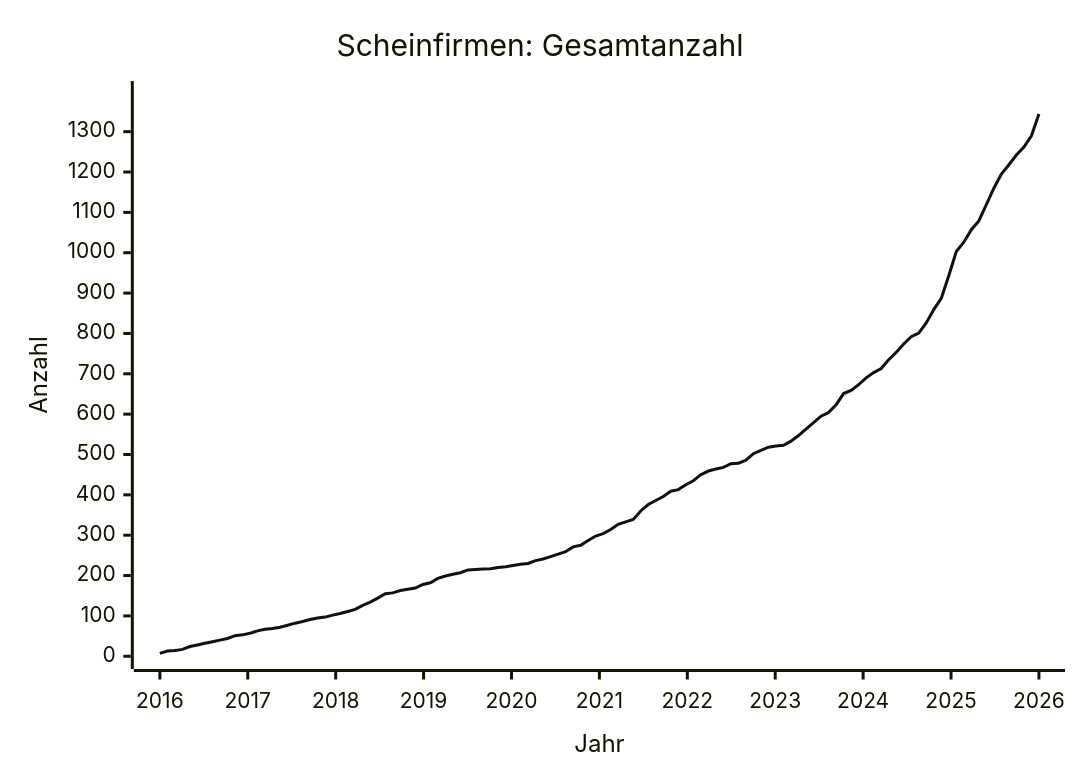
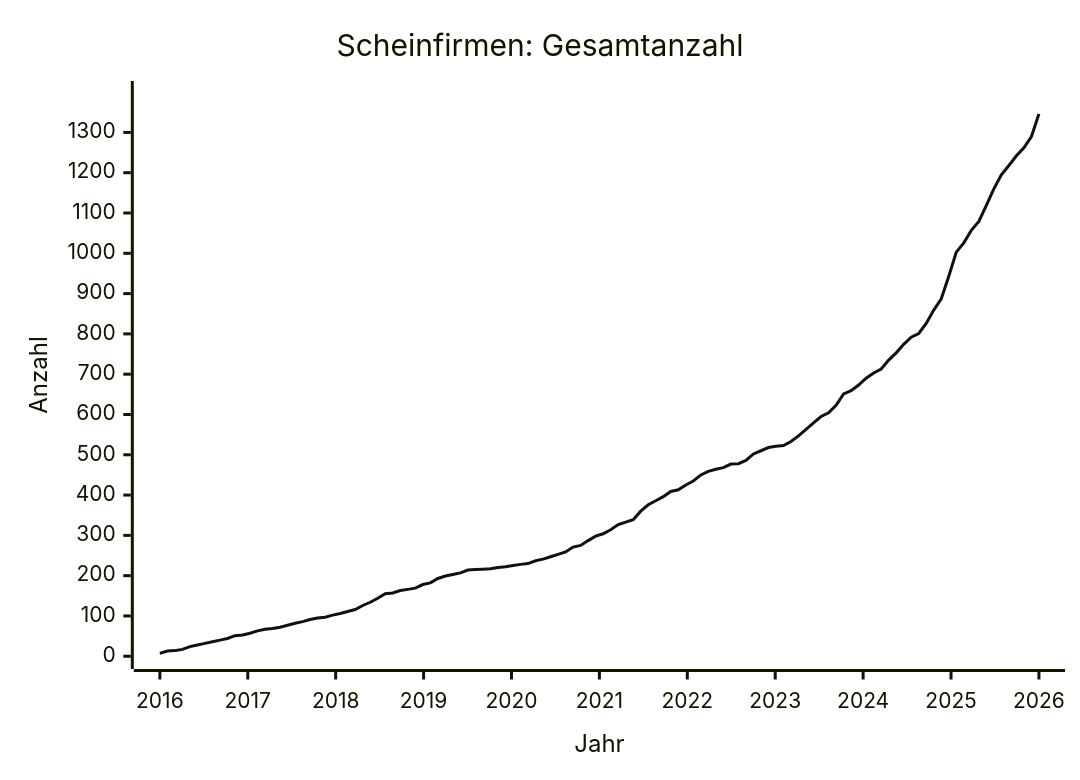
Before and after one commit to arjoma/scheinfirmen-at: the diagram in data/STATS.md, drawn with Mermaid. The commit also changed other lines of this file and 3 other files, not shown here.

````diff
--- a/data/STATS.md
+++ b/data/STATS.md
@@ -9,13 +9,13 @@
 ```mermaid
 ---
 config:
   themeVariables:
     xyChart:
       plotColorPalette: "#111111"
 ---
 xychart-beta
     title "Scheinfirmen: Gesamtanzahl"
     x-axis "Jahr" 2016 --> 2026
-    y-axis "Anzahl" 0 --> 1394
-    line [7, 13, 14, 17, 24, 28, 32, 36, 40, 44, 51, 53, 57, 63, 67, 69, 72, 77, 82, 86, 91, 95, 97, 102, 106, 111, 116, 126, 134, 144, 155, 157, 163, 166, 169, 178, 182, 193, 199, 203, 207, 214, 215, 216, 217, 220, 222, 225, 228, 230, 237, 241, 247, 253, 259, 271, 275, 287, 298, 304, 314, 327, 333, 339, 360, 376, 386, 396, 409, 413, 425, 435, 450, 459, 464, 468, 477, 478, 486, 502, 510, 518, 521, 523, 533, 547, 563, 579, 595, 604, 623, 651, 659, 673, 690, 703, 713, 735, 753, 774, 792, 801, 826, 859, 887, 943, 1003, 1026, 1057, 1079, 1119, 1160, 1195, 1218, 1242, 1262, 1290, 1344]
+    y-axis "Anzahl" 0 --> 1396
+    line [7, 13, 14, 17, 24, 28, 32, 36, 40, 44, 51, 53, 57, 63, 67, 69, 72, 77, 82, 86, 91, 95, 97, 102, 106, 111, 116, 126, 134, 144, 155, 157, 163, 166, 169, 178, 182, 193, 199, 203, 207, 214, 215, 216, 217, 220, 222, 225, 228, 230, 237, 241, 247, 253, 259, 271, 275, 287, 298, 304, 314, 327, 333, 339, 360, 376, 386, 396, 409, 413, 425, 435, 450, 459, 464, 468, 477, 478, 486, 502, 510, 518, 521, 523, 533, 547, 563, 579, 595, 604, 623, 651, 659, 673, 690, 703, 713, 735, 753, 774, 792, 801, 826, 859, 887, 943, 1003, 1026, 1057, 1079, 1119, 1160, 1195, 1218, 1242, 1262, 1290, 1346]
 ```
````
